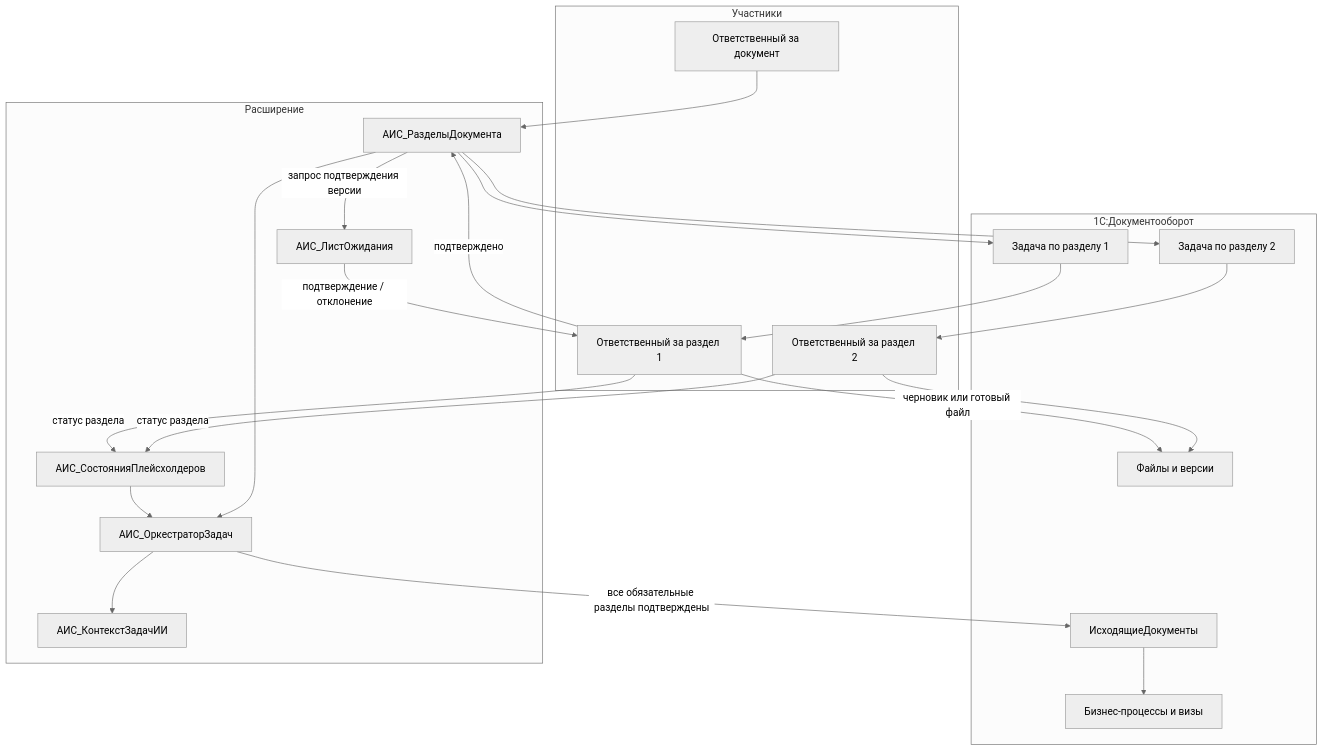
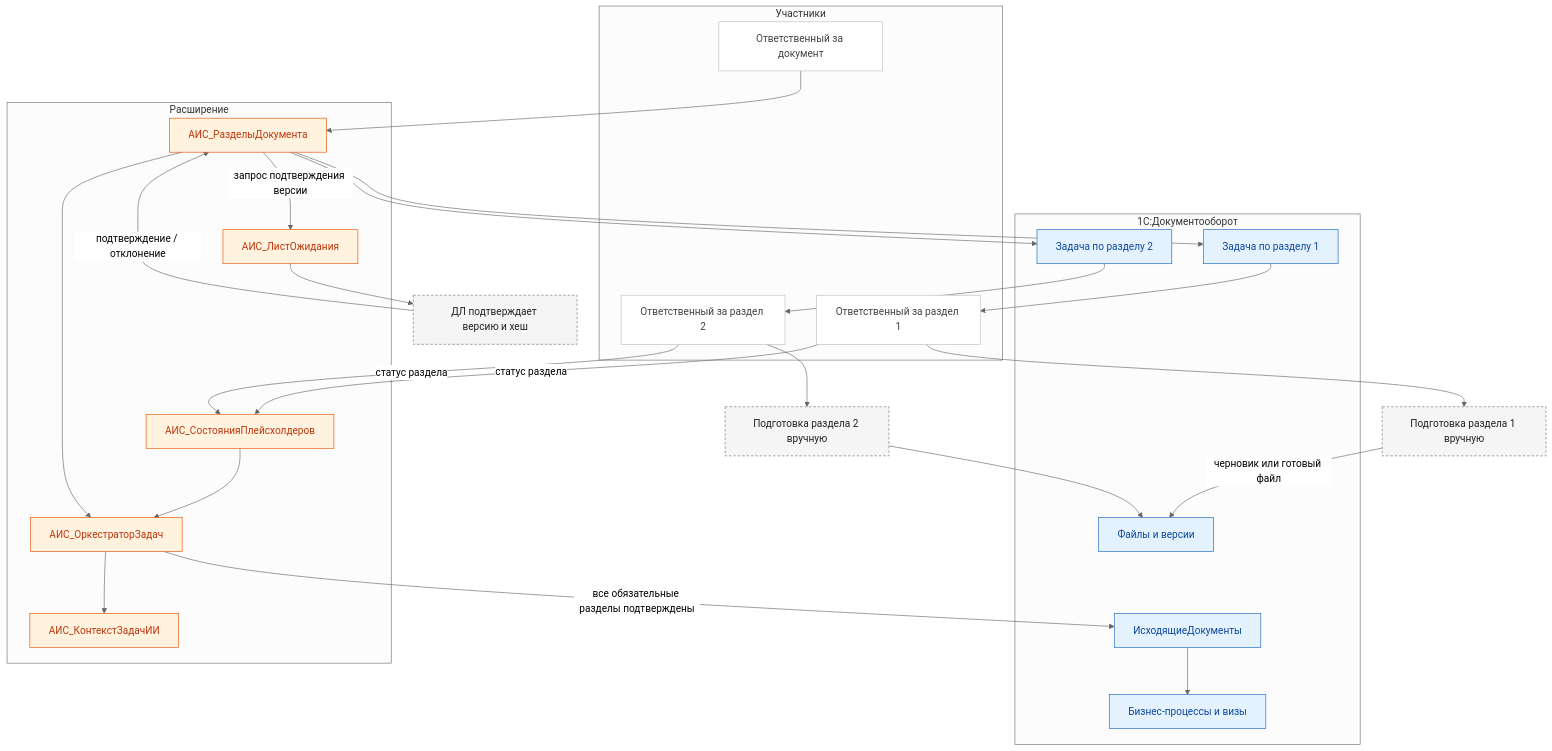
One commit to igorvolk1961/ai_scrivener changed diagram 12 of 16 in docs/process-diagrams.md. Above: the diagram before and after it, drawn with Mermaid (neutral theme). The commit also changed other lines of this file and 16 other files, not shown here.

First line of the commit message:
Reorganize docs, add C4 model and color process diagrams

````diff
--- a/docs/process-diagrams.md
+++ b/docs/process-diagrams.md
@@ -318,39 +419,50 @@
 ```mermaid
 flowchart TD
   subgraph P7["Участники"]
     RESP["Ответственный за документ"]
     AU1["Ответственный за раздел 1"]
     AU2["Ответственный за раздел 2"]
   end
   subgraph B7["1С:Документооборот"]
     OUT["ИсходящиеДокументы"]
     T1["Задача по разделу 1"]
     T2["Задача по разделу 2"]
     F["Файлы и версии"]
     BP["Бизнес-процессы и визы"]
   end
   subgraph E7["Расширение"]
     SECT["АИС_РазделыДокумента"]
     STATE["АИС_СостоянияПлейсхолдеров"]
     WAIT["АИС_ЛистОжидания"]
     ORCH["АИС_ОркестраторЗадач"]
     CTX["АИС_КонтекстЗадачИИ"]
   end
+  PREP1["Подготовка раздела 1 вручную"]
+  PREP2["Подготовка раздела 2 вручную"]
+  CONFIRM["ДЛ подтверждает версию и хеш"]
   RESP --> SECT
   SECT --> T1
   SECT --> T2
-  T1 --> AU1
-  T2 --> AU2
-  AU1 -->|"черновик или готовый файл"| F
-  AU2 --> F
+  T1 --> AU1 --> PREP1
+  T2 --> AU2 --> PREP2
+  PREP1 -->|"черновик или готовый файл"| F
+  PREP2 --> F
   AU1 -->|"статус раздела"| STATE
   AU2 -->|"статус раздела"| STATE
   SECT -->|"запрос подтверждения версии"| WAIT
-  WAIT -->|"подтверждение / отклонение"| AU1
-  AU1 -->|"подтверждено"| SECT
+  WAIT --> CONFIRM
+  CONFIRM -->|"подтверждение / отклонение"| SECT
   STATE --> ORCH
   SECT --> ORCH
   ORCH --> CTX
   ORCH -->|"все обязательные разделы подтверждены"| OUT
   OUT --> BP
+  classDef base fill:#E3F2FD,stroke:#1565C0,color:#0D47A1
+  classDef ext fill:#FFF3E0,stroke:#E65100,color:#BF360C
+  classDef manual fill:#F5F5F5,stroke:#757575,color:#212121,stroke-dasharray: 4 3
+  classDef actor fill:#FFFFFF,stroke:#BDBDBD,color:#424242
+  class RESP,AU1,AU2 actor
+  class OUT,T1,T2,F,BP base
+  class SECT,STATE,WAIT,ORCH,CTX ext
+  class PREP1,PREP2,CONFIRM manual
 ```
````
